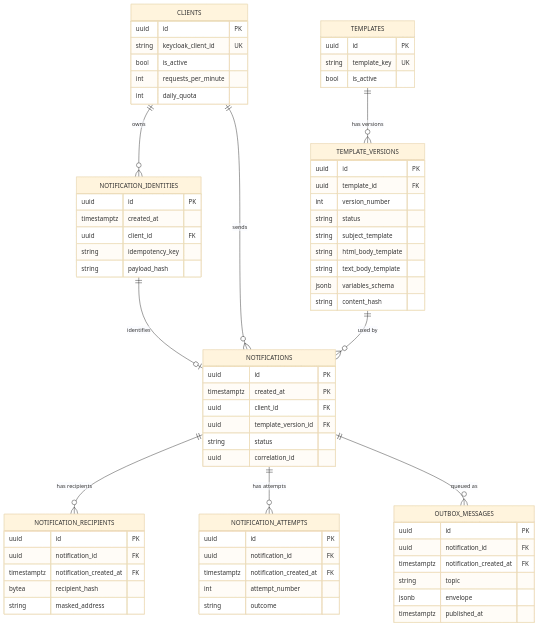
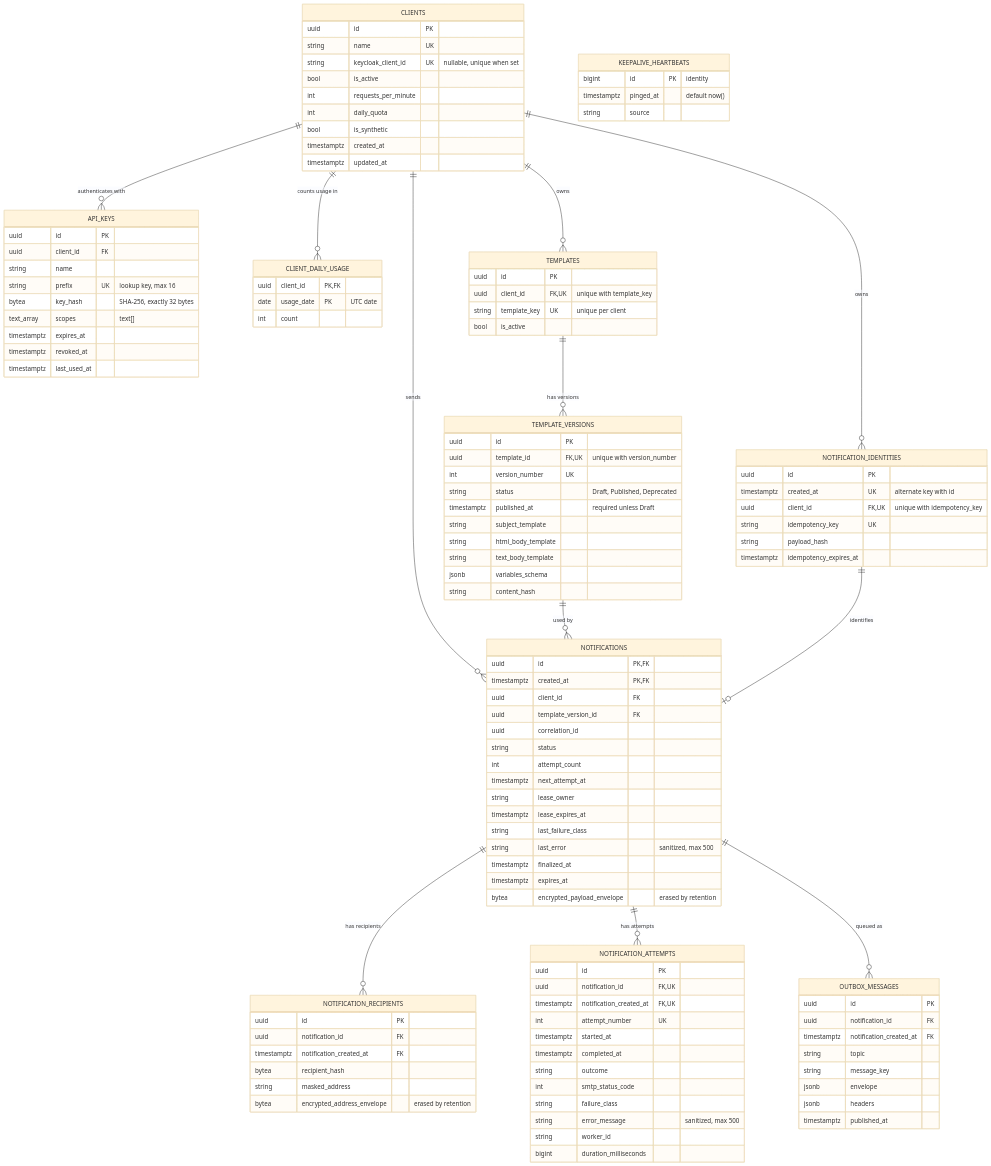
The diagram in docs/data-model.md (tsukijimarketman/kalabit-backend), drawn with Mermaid (base theme) before and after one commit. The commit also changed other lines of this file and 39 other files, not shown here.

First line of the commit message:
Feat/v01 schema (#23)

```diff
--- a/docs/data-model.md
+++ b/docs/data-model.md
@@ -7,23 +8,47 @@
 erDiagram
     CLIENTS {
         uuid id PK
-        string keycloak_client_id UK
+        string name UK
+        string keycloak_client_id UK "nullable, unique when set"
         bool is_active
         int requests_per_minute
         int daily_quota
+        bool is_synthetic
+        timestamptz created_at
+        timestamptz updated_at
+    }
+
+    API_KEYS {
+        uuid id PK
+        uuid client_id FK
+        string name
+        string prefix UK "lookup key, max 16"
+        bytea key_hash "SHA-256, exactly 32 bytes"
+        text_array scopes "text[]"
+        timestamptz expires_at
+        timestamptz revoked_at
+        timestamptz last_used_at
+    }
+
+    CLIENT_DAILY_USAGE {
+        uuid client_id PK, FK
+        date usage_date PK "UTC date"
+        int count
     }
 
     TEMPLATES {
         uuid id PK
-        string template_key UK
+        uuid client_id FK, UK "unique with template_key"
+        string template_key UK "unique per client"
         bool is_active
     }
 
     TEMPLATE_VERSIONS {
         uuid id PK
-        uuid template_id FK
-        int version_number
-        string status
+        uuid template_id FK, UK "unique with version_number"
+        int version_number UK
+        string status "Draft, Published, Deprecated"
+        timestamptz published_at "required unless Draft"
         string subject_template
         string html_body_template
         string text_body_template
@@ -33,19 +58,29 @@
 
     NOTIFICATION_IDENTITIES {
         uuid id PK
-        timestamptz created_at
-        uuid client_id FK
-        string idempotency_key
+        timestamptz created_at UK "alternate key with id"
+        uuid client_id FK, UK "unique with idempotency_key"
+        string idempotency_key UK
         string payload_hash
+        timestamptz idempotency_expires_at
     }
 
     NOTIFICATIONS {
-        uuid id PK
-        timestamptz created_at PK
+        uuid id PK, FK
+        timestamptz created_at PK, FK
         uuid client_id FK
         uuid template_version_id FK
+        uuid correlation_id
         string status
-        uuid correlation_id
+        int attempt_count
+        timestamptz next_attempt_at
+        string lease_owner
+        timestamptz lease_expires_at
+        string last_failure_class
+        string last_error "sanitized, max 500"
+        timestamptz finalized_at
+        timestamptz expires_at
+        bytea encrypted_payload_envelope "erased by retention"
     }
 
     NOTIFICATION_RECIPIENTS {
@@ -54,14 +89,22 @@
         timestamptz notification_created_at FK
         bytea recipient_hash
         string masked_address
+        bytea encrypted_address_envelope "erased by retention"
     }
 
     NOTIFICATION_ATTEMPTS {
         uuid id PK
-        uuid notification_id FK
-        timestamptz notification_created_at FK
-        int attempt_number
+        uuid notification_id FK, UK
+        timestamptz notification_created_at FK, UK
+        int attempt_number UK
+        timestamptz started_at
+        timestamptz completed_at
         string outcome
+        int smtp_status_code
+        string failure_class
+        string error_message "sanitized, max 500"
+        string worker_id
+        bigint duration_milliseconds
     }
 
     OUTBOX_MESSAGES {
@@ -69,10 +112,21 @@
         uuid notification_id FK
         timestamptz notification_created_at FK
         string topic
+        string message_key
         jsonb envelope
+        jsonb headers
         timestamptz published_at
     }
 
+    KEEPALIVE_HEARTBEATS {
+        bigint id PK "identity"
+        timestamptz pinged_at "default now()"
+        string source
+    }
+
+    CLIENTS ||--o{ API_KEYS : "authenticates with"
+    CLIENTS ||--o{ CLIENT_DAILY_USAGE : "counts usage in"
+    CLIENTS ||--o{ TEMPLATES : "owns"
     CLIENTS ||--o{ NOTIFICATION_IDENTITIES : "owns"
     CLIENTS ||--o{ NOTIFICATIONS : "sends"
     TEMPLATES ||--o{ TEMPLATE_VERSIONS : "has versions"
```
